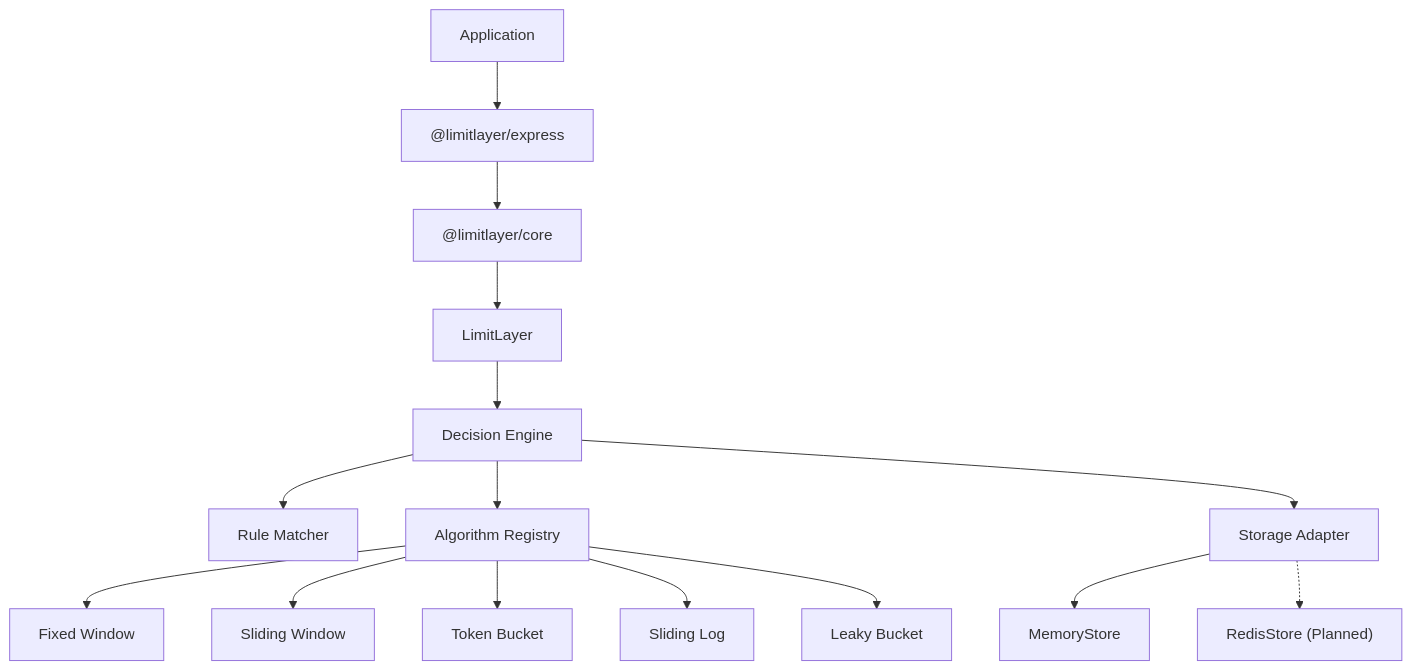
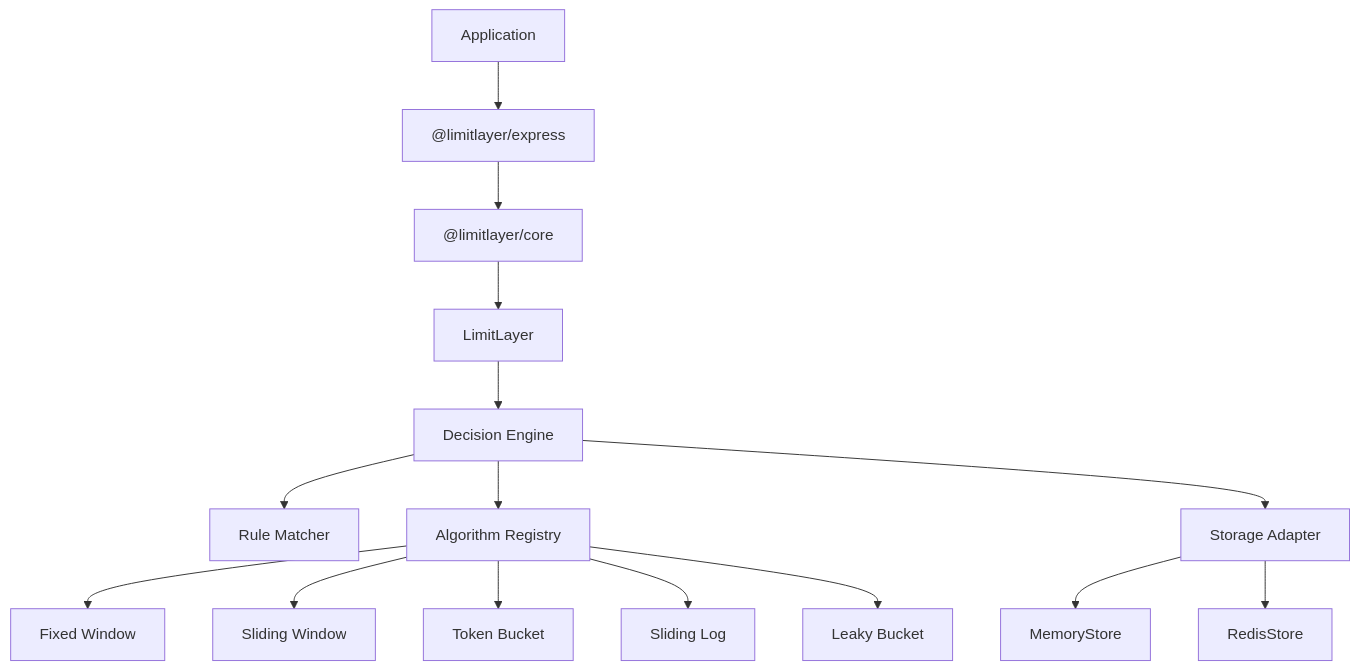
The diagram in README.md (gargavi-oss/limit-layer), drawn with Mermaid before and after one commit. The commit also changed other lines of this file and 4 other files, not shown here.

````diff
--- a/README.md
+++ b/README.md
@@ -43,47 +43,47 @@
 ```mermaid
 flowchart TD
 
     APP[Application]
 
     EXPRESS["@limitlayer/express"]
 
     CORE["@limitlayer/core"]
 
     LIMITER[LimitLayer]
 
     ENGINE[Decision Engine]
 
     MATCHER[Rule Matcher]
 
     REGISTRY[Algorithm Registry]
 
     FW[Fixed Window]
     SW[Sliding Window]
     TB[Token Bucket]
     SL[Sliding Log]
     LB[Leaky Bucket]
 
     STORAGE[Storage Adapter]
 
     MEMORY[MemoryStore]
-    REDIS["RedisStore (Planned)"]
+    REDIS[RedisStore]
 
     APP --> EXPRESS
     EXPRESS --> CORE
 
     CORE --> LIMITER
     LIMITER --> ENGINE
 
     ENGINE --> MATCHER
     ENGINE --> REGISTRY
     ENGINE --> STORAGE
 
     REGISTRY --> FW
     REGISTRY --> SW
     REGISTRY --> TB
     REGISTRY --> SL
     REGISTRY --> LB
 
     STORAGE --> MEMORY
-    STORAGE -.-> REDIS
+    STORAGE --> REDIS
 ```
````
